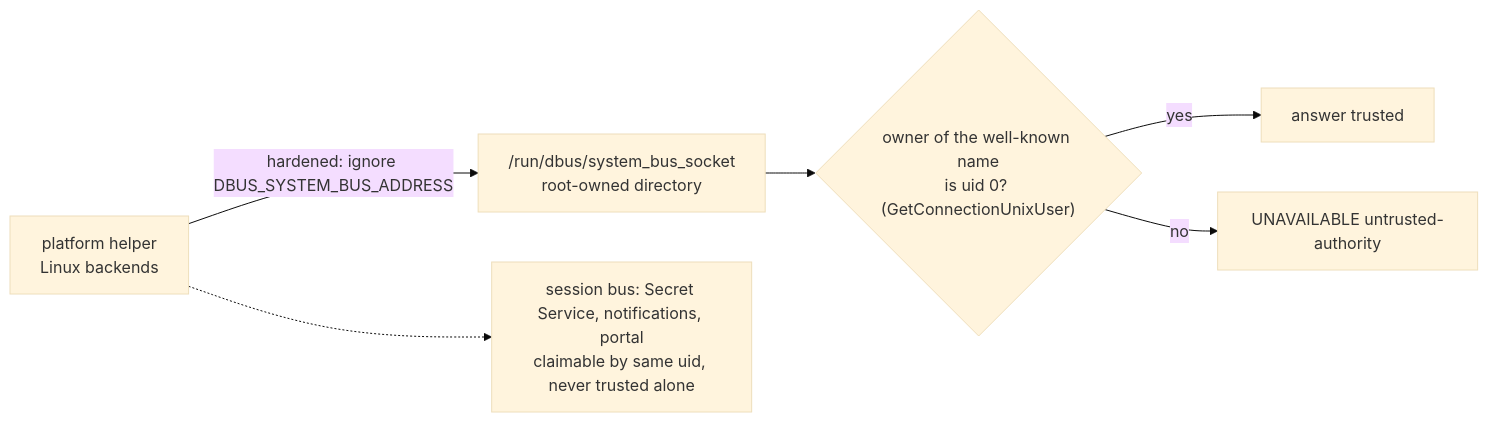
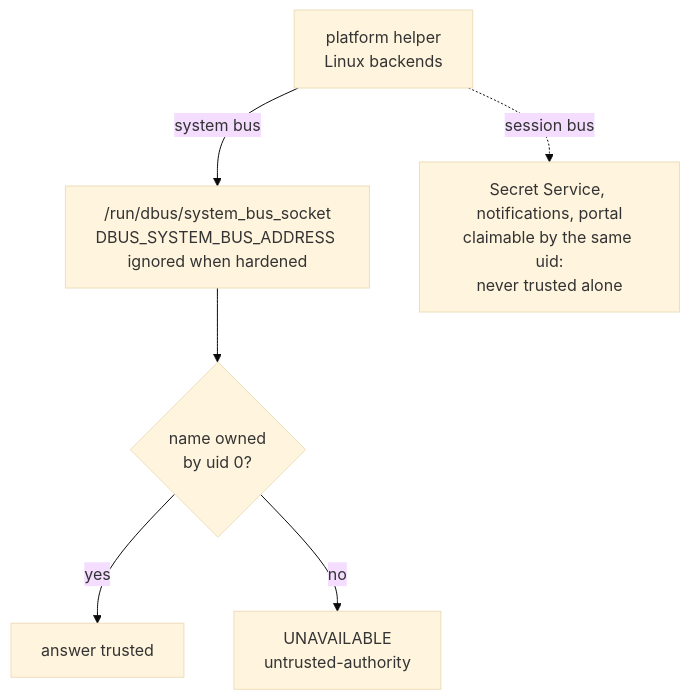
One commit to sorah/mairu changed the third of 3 diagrams in docs/specs/006-platform-helper.md. Above: the diagram before and after it, drawn with Mermaid (base theme). The commit also changed other lines of this file and 17 other files, not shown here.

First line of the commit message:
docs/specs: rework diagrams and helper locations

````diff
--- a/docs/specs/006-platform-helper.md
+++ b/docs/specs/006-platform-helper.md
@@ -397,8 +392,8 @@
 ```mermaid
-flowchart LR
-  H["platform helper<br/>Linux backends"] -- "hardened: ignore DBUS_SYSTEM_BUS_ADDRESS" --> SB["/run/dbus/system_bus_socket<br/>root-owned directory"]
-  SB --> AU{"owner of the well-known name<br/>is uid 0? (GetConnectionUnixUser)"}
+flowchart TB
+  H["platform helper<br/>Linux backends"] -- "system bus" --> SB["/run/dbus/system_bus_socket<br/>DBUS_SYSTEM_BUS_ADDRESS ignored when hardened"]
+  SB --> AU{"name owned<br/>by uid 0?"}
   AU -- "yes" --> T["answer trusted"]
-  AU -- "no" --> U["UNAVAILABLE untrusted-authority"]
-  H -.-> SE["session bus: Secret Service, notifications, portal<br/>claimable by same uid, never trusted alone"]
+  AU -- "no" --> U["UNAVAILABLE<br/>untrusted-authority"]
+  H -. "session bus" .-> SE["Secret Service, notifications, portal<br/>claimable by the same uid:<br/>never trusted alone"]
 ```
````
